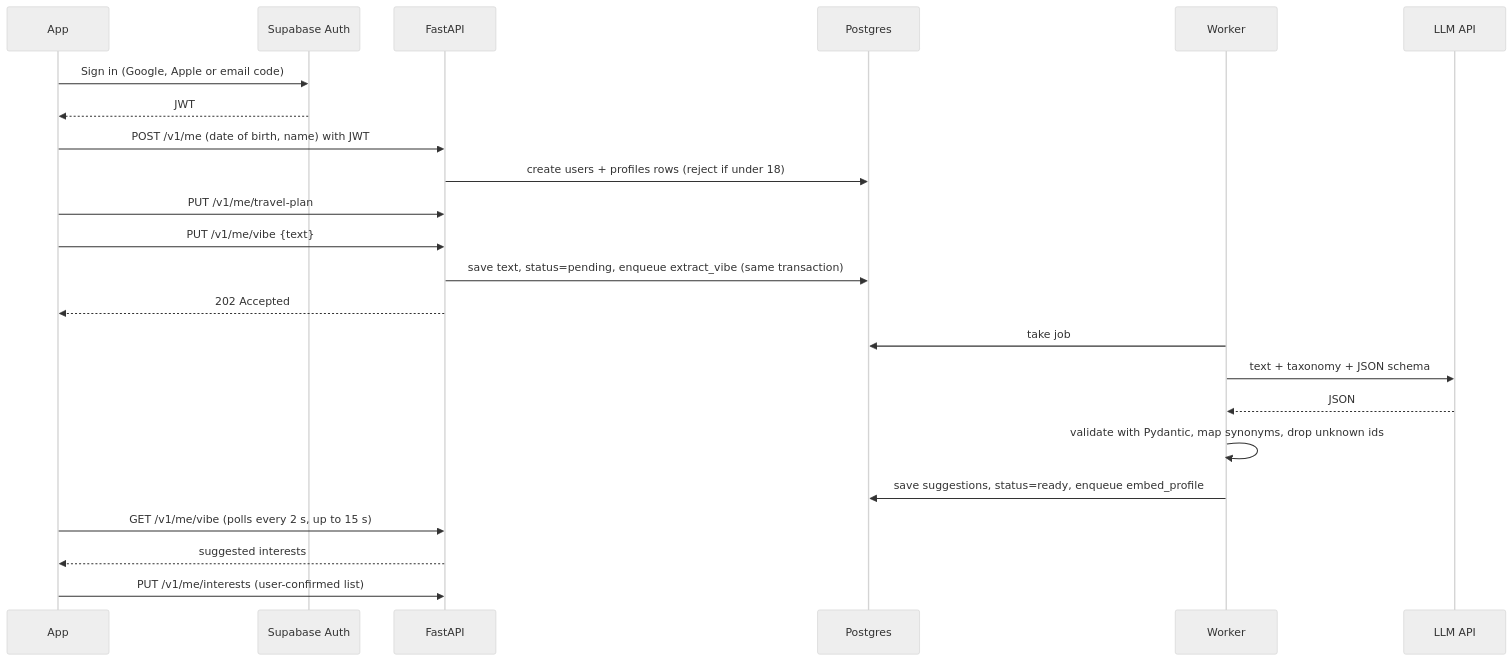
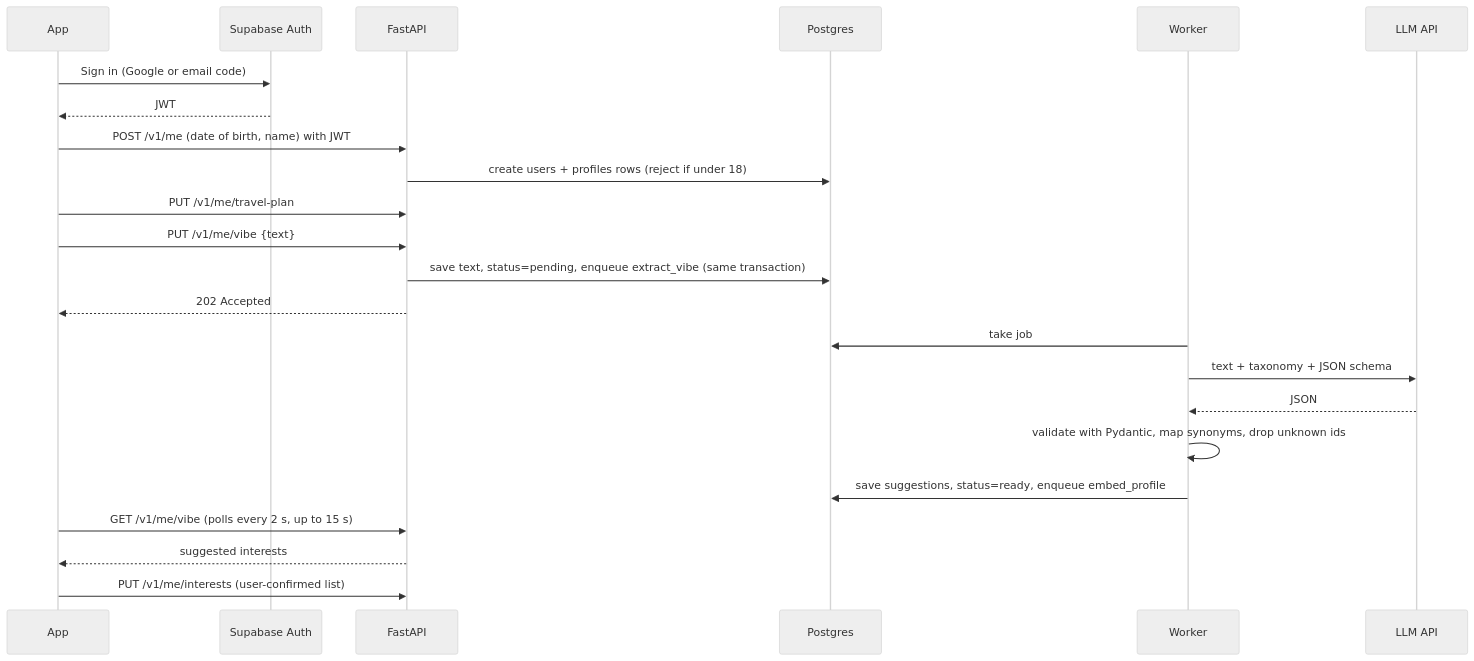
The third of 3 diagrams in docs/SYSTEM_ARCHITECTURE.md (Vanshika-mahajan/VIBERSCLUB), drawn with Mermaid (neutral theme) before and after one commit. The commit also changed other lines of this file and 18 other files, not shown here.

````diff
--- a/docs/SYSTEM_ARCHITECTURE.md
+++ b/docs/SYSTEM_ARCHITECTURE.md
@@ -179,26 +180,26 @@
 ```mermaid
 sequenceDiagram
     participant A as App
     participant S as Supabase Auth
     participant API as FastAPI
     participant DB as Postgres
     participant W as Worker
     participant L as LLM API
 
-    A->>S: Sign in (Google, Apple or email code)
+    A->>S: Sign in (Google or email code)
     S-->>A: JWT
     A->>API: POST /v1/me (date of birth, name) with JWT
     API->>DB: create users + profiles rows (reject if under 18)
     A->>API: PUT /v1/me/travel-plan
     A->>API: PUT /v1/me/vibe {text}
     API->>DB: save text, status=pending, enqueue extract_vibe (same transaction)
     API-->>A: 202 Accepted
     W->>DB: take job
     W->>L: text + taxonomy + JSON schema
     L-->>W: JSON
     W->>W: validate with Pydantic, map synonyms, drop unknown ids
     W->>DB: save suggestions, status=ready, enqueue embed_profile
     A->>API: GET /v1/me/vibe (polls every 2 s, up to 15 s)
     API-->>A: suggested interests
     A->>API: PUT /v1/me/interests (user-confirmed list)
 ```
````
